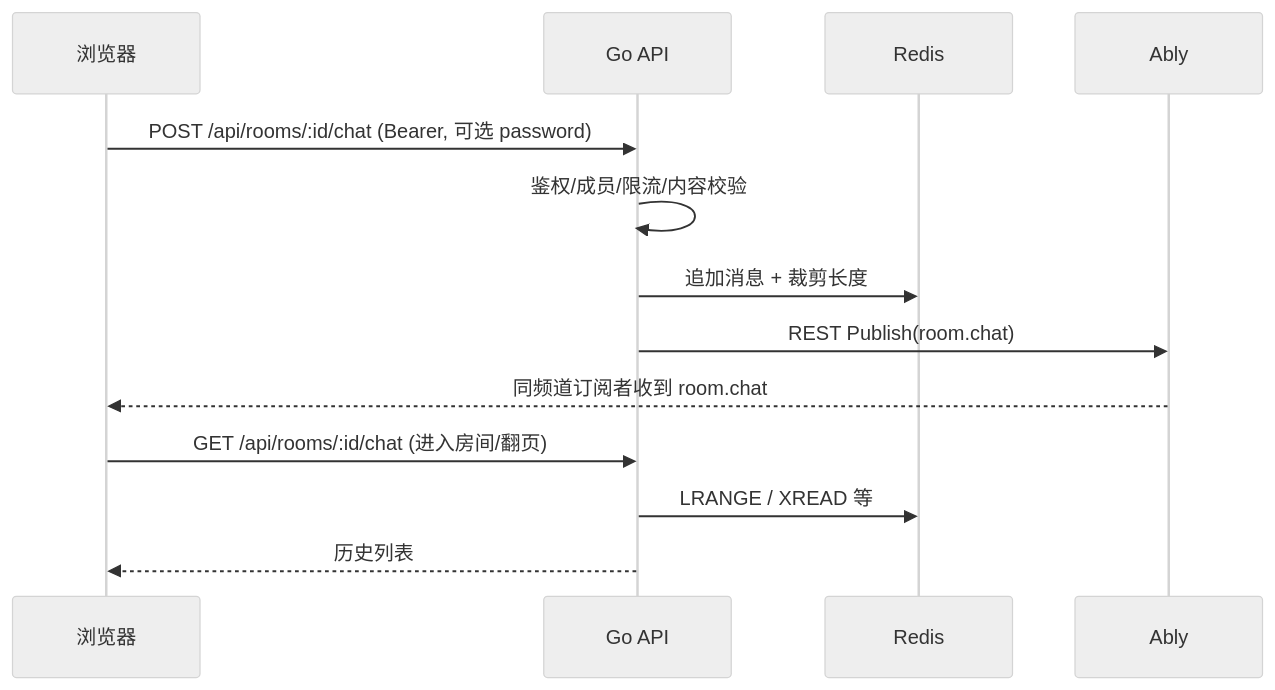
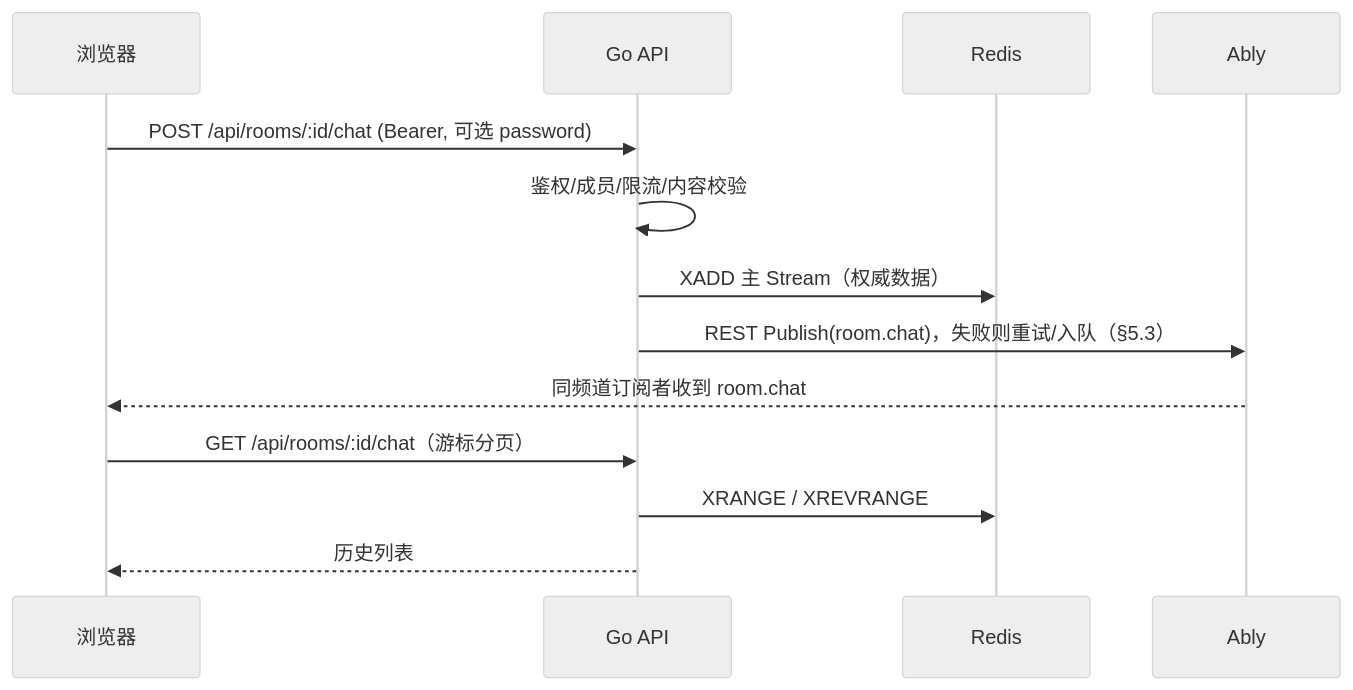
Before and after one commit to LKL1235/WatchTvTogether: the diagram in docs/room_chat_realtime_design_zh.md, drawn with Mermaid (neutral theme). The commit also changed other lines of this file, not shown here.

Commit message:
docs: chat design uses Redis Stream only; Ably retry and pending queue

````diff
--- a/docs/room_chat_realtime_design_zh.md
+++ b/docs/room_chat_realtime_design_zh.md
@@ -53,17 +51,17 @@
 ```mermaid
 sequenceDiagram
   participant U as 浏览器
   participant API as Go API
   participant R as Redis
   participant A as Ably
 
   U->>API: POST /api/rooms/:id/chat (Bearer, 可选 password)
   API->>API: 鉴权/成员/限流/内容校验
-  API->>R: 追加消息 + 裁剪长度
-  API->>A: REST Publish(room.chat)
+  API->>R: XADD 主 Stream（权威数据）
+  API->>A: REST Publish(room.chat)，失败则重试/入队（§5.3）
   A-->>U: 同频道订阅者收到 room.chat
 
-  U->>API: GET /api/rooms/:id/chat (进入房间/翻页)
-  API->>R: LRANGE / XREAD 等
+  U->>API: GET /api/rooms/:id/chat（游标分页）
+  API->>R: XRANGE / XREVRANGE
   API-->>U: 历史列表
 ```
````
